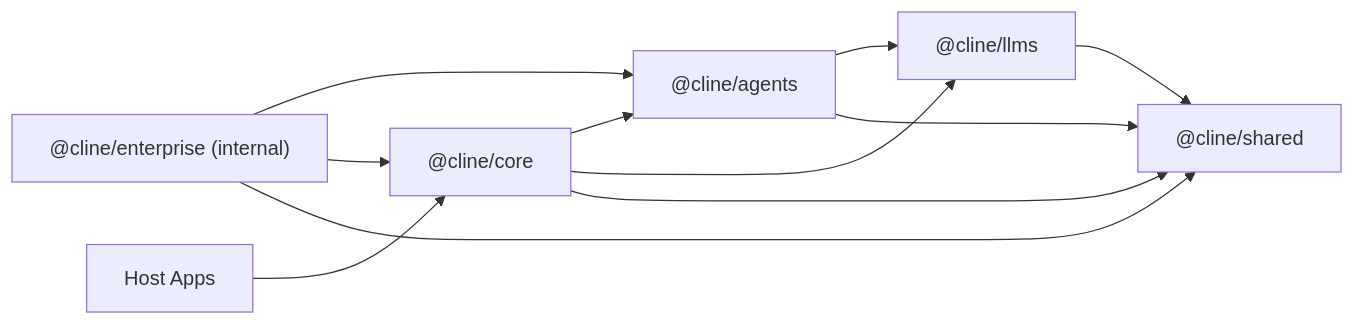
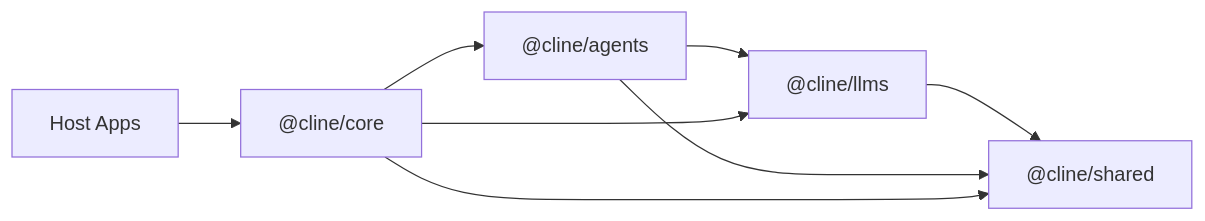
Before and after one commit to Dastan-Prince/cline-cn: the diagram in sdk/ARCHITECTURE.md, drawn with Mermaid. The commit also changed other lines of this file and 55 other files, not shown here.

````diff
--- a/sdk/ARCHITECTURE.md
+++ b/sdk/ARCHITECTURE.md
@@ -26,20 +26,16 @@
 ```mermaid
 flowchart LR
   shared["@cline/shared"]
   llms["@cline/llms"]
   agents["@cline/agents"]
   core["@cline/core"]
-  enterprise["@cline/enterprise (internal)"]
   apps["Host Apps"]
 
   llms --> shared
   agents --> llms
   agents --> shared
   core --> agents
   core --> llms
   core --> shared
-  enterprise --> agents
-  enterprise --> core
-  enterprise --> shared
   apps --> core
 ```
````
